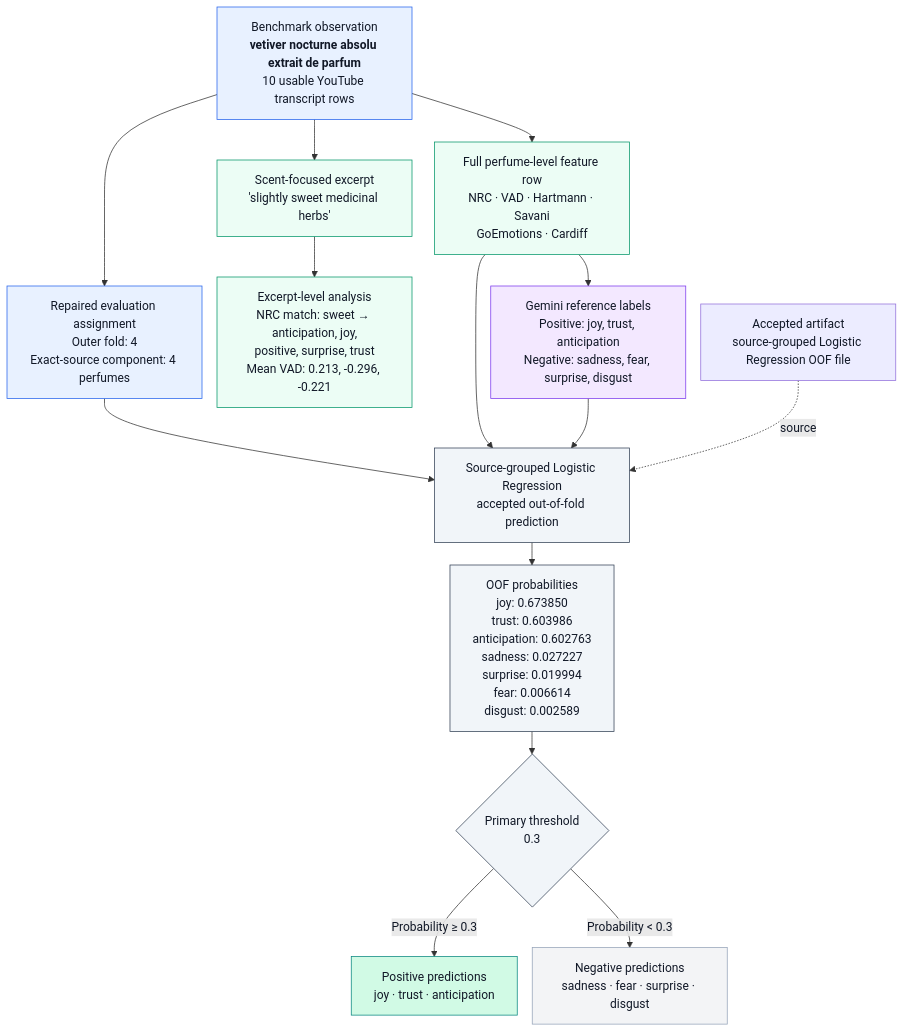
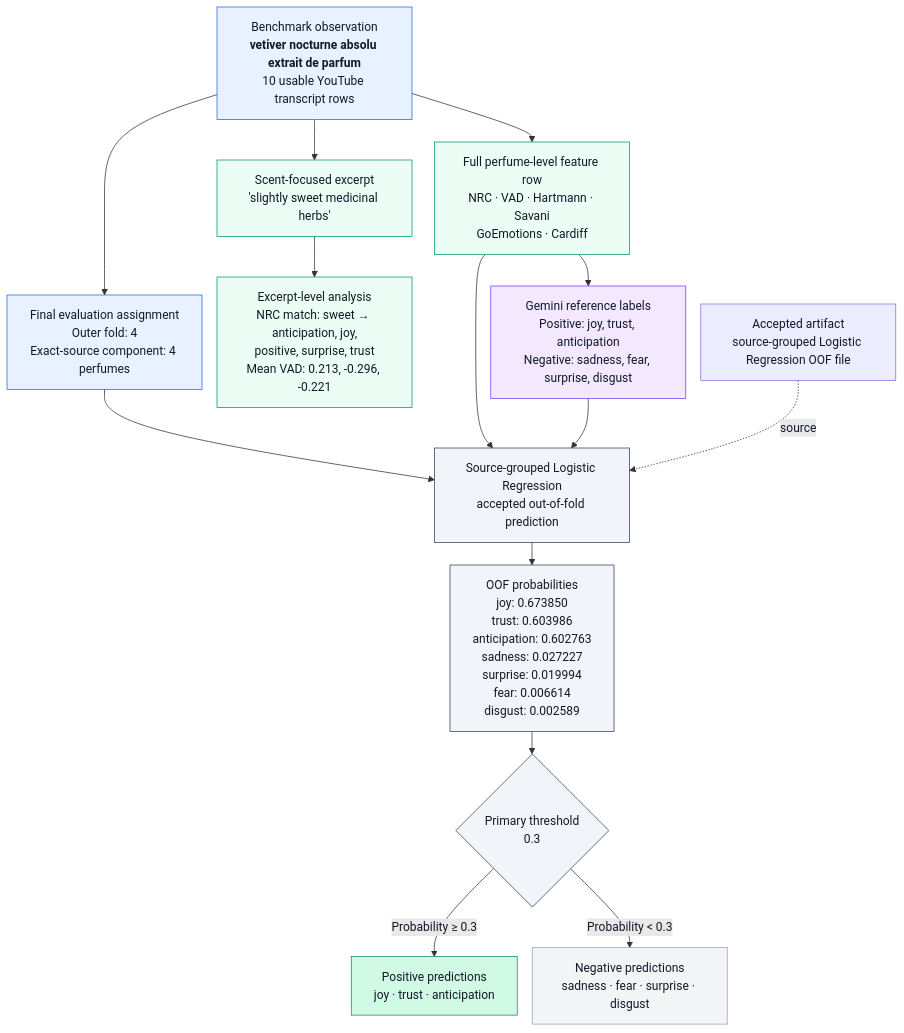
The diagram in docs/thesis/mermaid diagrams/mermaid codes/figure_3_8_worked_example_artifact_trace.mmd (ececanga/Sentiment-Analysis-for-Perfume-Reviews), drawn with Mermaid before and after one commit. The commit also changed 85 other files, not shown here.

Commit message:
feat(evaluation): complete source-grouped analyses and thesis updates

```diff
--- a/docs/thesis/mermaid diagrams/mermaid codes/figure_3_8_worked_example_artifact_trace.mmd
+++ b/docs/thesis/mermaid diagrams/mermaid codes/figure_3_8_worked_example_artifact_trace.mmd
@@ -1,44 +1,44 @@
 ---
 config:
   layout: dagre
   flowchart:
     nodeSpacing: 20
     rankSpacing: 30
 ---
 flowchart TD
     A["Benchmark observation<br/><b>vetiver nocturne absolu extrait de parfum</b><br/>10 usable YouTube transcript rows"]
 
-    A --> B["Repaired evaluation assignment<br/>Outer fold: 4<br/>Exact-source component: 4 perfumes"]
+    A --> B["Final evaluation assignment<br/>Outer fold: 4<br/>Exact-source component: 4 perfumes"]
     A --> C["Scent-focused excerpt<br/>'slightly sweet medicinal herbs'"]
 
     C --> D["Excerpt-level analysis<br/>NRC match: sweet → anticipation, joy,<br/>positive, surprise, trust<br/>Mean VAD: 0.213, -0.296, -0.221"]
 
     A --> E["Full perfume-level feature row<br/>NRC · VAD · Hartmann · Savani<br/>GoEmotions · Cardiff"]
 
     E --> F["Gemini reference labels<br/>Positive: joy, trust, anticipation<br/>Negative: sadness, fear, surprise, disgust"]
 
     B --> G["Source-grouped Logistic Regression<br/>accepted out-of-fold prediction"]
     E --> G
     F --> G
 
     G --> H["OOF probabilities<br/>joy: 0.673850<br/>trust: 0.603986<br/>anticipation: 0.602763<br/>sadness: 0.027227<br/>surprise: 0.019994<br/>fear: 0.006614<br/>disgust: 0.002589"]
 
     H --> I{"Primary threshold<br/>0.3"}
     I -->|"Probability ≥ 0.3"| J["Positive predictions<br/>joy · trust · anticipation"]
     I -->|"Probability &lt; 0.3"| K["Negative predictions<br/>sadness · fear · surprise · disgust"]
 
     L["Accepted artifact<br/>source-grouped Logistic Regression OOF file"] -. source .-> G
 
     classDef input fill:#E8F1FF,stroke:#2563EB,color:#111827
     classDef feature fill:#ECFDF5,stroke:#059669,color:#111827
     classDef label fill:#F3E8FF,stroke:#7C3AED,color:#111827
     classDef output fill:#F1F5F9,stroke:#334155,color:#111827
     classDef positive fill:#D1FAE5,stroke:#07877F,color:#111827
     classDef negative fill:#F3F4F6,stroke:#94A3B8,color:#111827
 
     class A,B input
     class C,D,E feature
     class F label
     class G,H,I output
     class J positive
     class K negative
```
